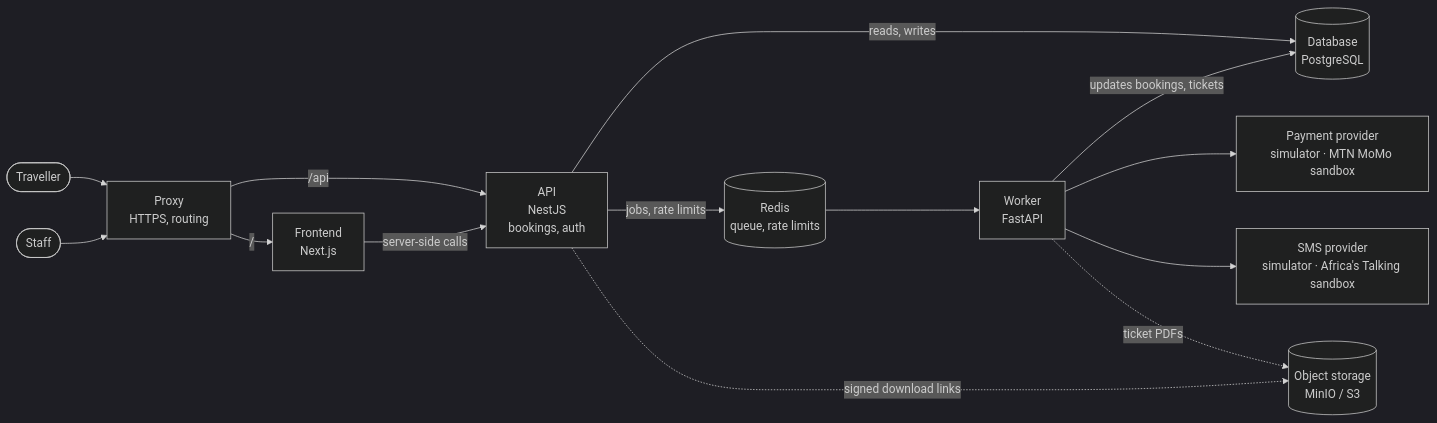
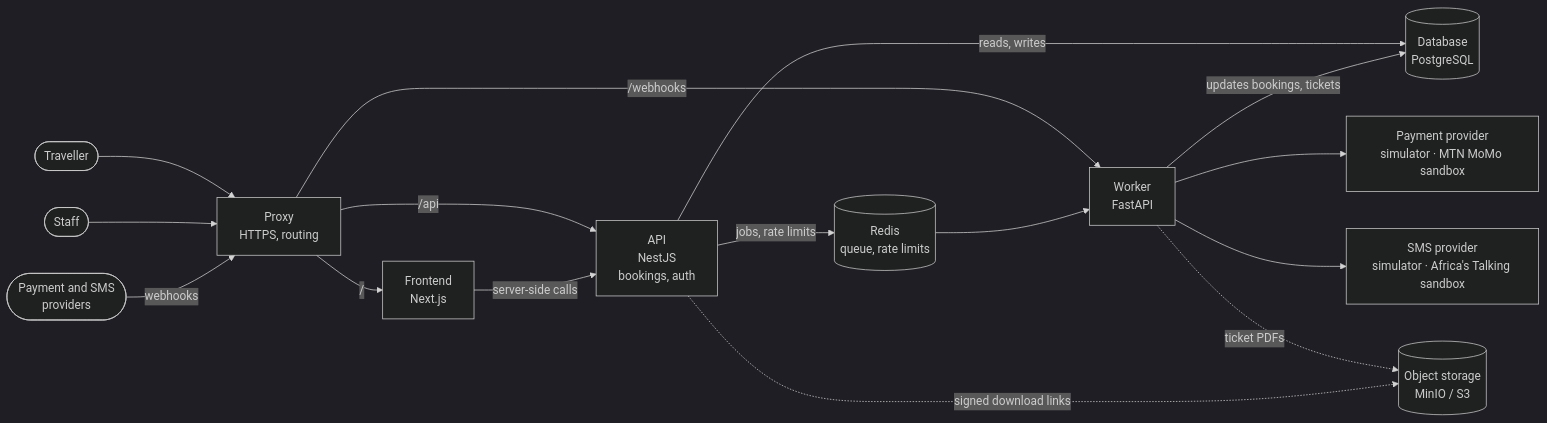
Before and after one commit to CREDO23/devops-lab: the third of 4 diagrams in docs/architecture/app.md, drawn with Mermaid (dark theme). The commit also changed other lines of this file and 7 other files, not shown here.

````diff
--- a/docs/architecture/app.md
+++ b/docs/architecture/app.md
@@ -147,16 +168,18 @@
 ```mermaid
 flowchart LR
     traveller([Traveller]) --> proxy[Proxy<br/>HTTPS, routing]
     staff([Staff]) --> proxy
+    providers([Payment and SMS<br/>providers]) -->|webhooks| proxy
     proxy -->|/| web["Frontend<br/>Next.js"]
     proxy -->|/api| api["API<br/>NestJS<br/>bookings, auth"]
+    proxy -->|/webhooks| worker["Worker<br/>FastAPI"]
     web -->|server-side calls| api
     api -->|reads, writes| db[("Database<br/>PostgreSQL")]
     api -->|jobs, rate limits| queue[("Redis<br/>queue, rate limits")]
-    queue --> worker["Worker<br/>FastAPI"]
+    queue --> worker
     worker -->|updates bookings, tickets| db
     worker --> pay[Payment provider<br/>simulator · MTN MoMo sandbox]
     worker --> sms[SMS provider<br/>simulator · Africa's Talking sandbox]
     worker -.->|ticket PDFs| files[("Object storage<br/>MinIO / S3")]
     api -.->|signed download links| files
 ```
````
